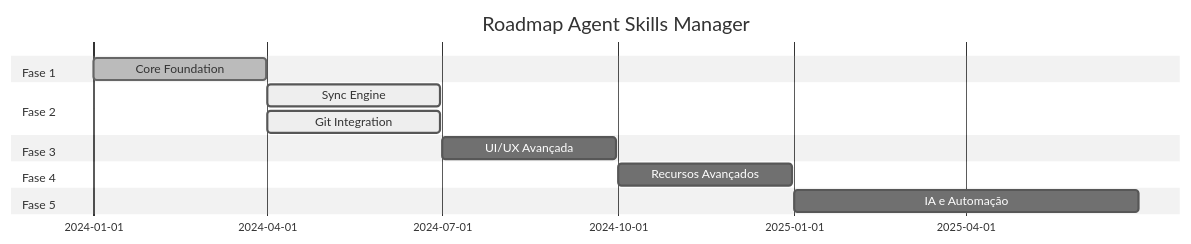
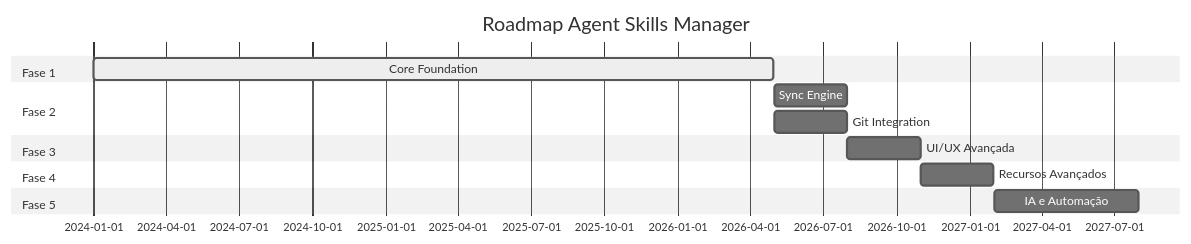
The diagram in docusaurus/docs/02-development/04-roadmap/01-fases-implementacao.md (gugacarbo/agent-skills-manager), drawn with Mermaid (neutral theme) before and after one commit. The commit also changed other lines of this file and 15 other files, not shown here.

````diff
--- a/docusaurus/docs/02-development/04-roadmap/01-fases-implementacao.md
+++ b/docusaurus/docs/02-development/04-roadmap/01-fases-implementacao.md
@@ -11,16 +11,16 @@
 ```mermaid
 gantt
     title Roadmap Agent Skills Manager
     dateFormat  YYYY-MM-DD
     section Fase 1
-    Core Foundation       :done, f1, 2024-01-01, 2024-03-31
+    Core Foundation       :active, f1, 2024-01-01, 2026-04-30
     section Fase 2
-    Sync Engine           :active, f2, 2024-04-01, 2024-06-30
-    Git Integration       :active, f2, 2024-04-01, 2024-06-30
+    Sync Engine           :f2, 2026-05-01, 2026-07-31
+    Git Integration       :f2, 2026-05-01, 2026-07-31
     section Fase 3
-    UI/UX Avançada        :f3, 2024-07-01, 2024-09-30
+    UI/UX Avançada        :f3, 2026-08-01, 2026-10-31
     section Fase 4
-    Recursos Avançados    :f4, 2024-10-01, 2024-12-31
+    Recursos Avançados    :f4, 2026-11-01, 2027-01-31
     section Fase 5
-    IA e Automação        :f5, 2025-01-01, 2025-06-30
+    IA e Automação        :f5, 2027-02-01, 2027-07-31
 ```
````
